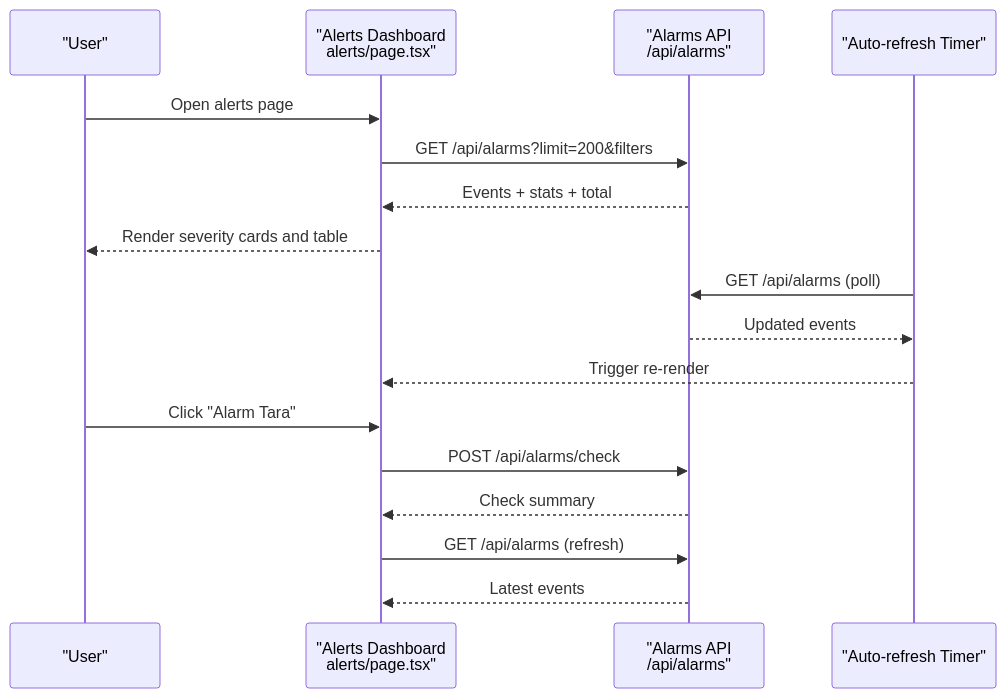
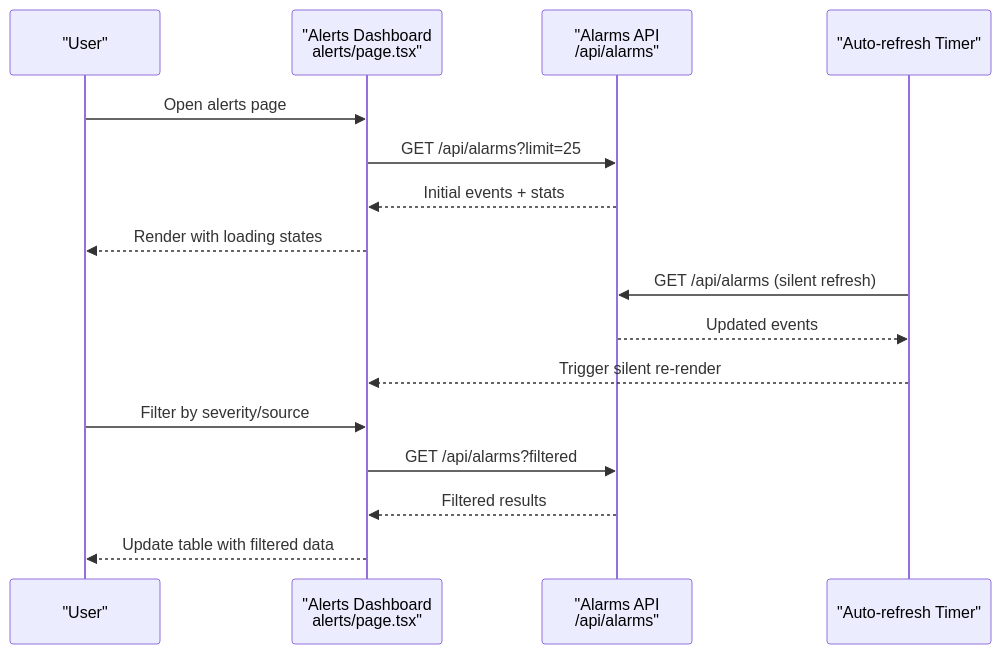
Before and after one commit to celebigilfatih/infrascope: the fourth of 10 diagrams in .qoder/repowiki/en/content/Analytics & Reporting/Dashboard Components.md, drawn with Mermaid. The commit also changed other lines of this file and 6 other files, not shown here.

````diff
--- a/.qoder/repowiki/en/content/Analytics & Reporting/Dashboard Components.md
+++ b/.qoder/repowiki/en/content/Analytics & Reporting/Dashboard Components.md
@@ -197,19 +232,18 @@
 ```mermaid
 sequenceDiagram
 participant U as "User"
 participant Alerts as "Alerts Dashboard<br/>alerts/page.tsx"
 participant API as "Alarms API<br/>/api/alarms"
 participant Timer as "Auto-refresh Timer"
 U->>Alerts : Open alerts page
-Alerts->>API : GET /api/alarms?limit=200&filters
-API-->>Alerts : Events + stats + total
-Alerts-->>U : Render severity cards and table
-Timer->>API : GET /api/alarms (poll)
+Alerts->>API : GET /api/alarms?limit=25
+API-->>Alerts : Initial events + stats
+Alerts-->>U : Render with loading states
+Timer->>API : GET /api/alarms (silent refresh)
 API-->>Timer : Updated events
-Timer-->>Alerts : Trigger re-render
-U->>Alerts : Click "Alarm Tara"
-Alerts->>API : POST /api/alarms/check
-API-->>Alerts : Check summary
-Alerts->>API : GET /api/alarms (refresh)
-API-->>Alerts : Latest events
+Timer-->>Alerts : Trigger silent re-render
+U->>Alerts : Filter by severity/source
+Alerts->>API : GET /api/alarms?filtered
+API-->>Alerts : Filtered results
+Alerts-->>U : Update table with filtered data
 ```
````
